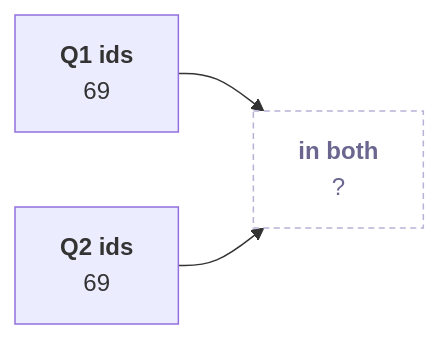
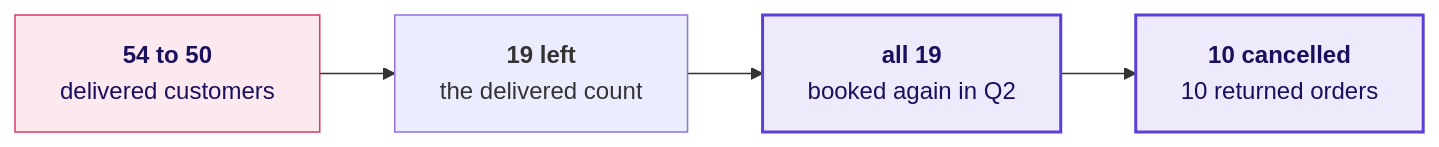
The seventh of 11 diagrams in content/W01/D2/slides/C2_W01_D02_half2_STUDENT.md (fde-academy-lab/c2-content-factory), drawn with Mermaid before and after one commit. The commit also changed other lines of this file and 11 other files, not shown here.

````diff
--- a/content/W01/D2/slides/C2_W01_D02_half2_STUDENT.md
+++ b/content/W01/D2/slides/C2_W01_D02_half2_STUDENT.md
@@ -289,7 +302,10 @@
 ```mermaid
 flowchart LR
-    A["<b>Q1 ids</b><br/>69"] --> X["<b>in both</b><br/>?"]
-    B["<b>Q2 ids</b><br/>69"] --> X
-    classDef unknown fill:#FFFFFF,stroke:#B8B2D6,color:#6B6690,stroke-dasharray:4 3
-    class X unknown
+    A["<b>54 to 50</b><br/>delivered customers"] --> B["<b>19 left</b><br/>the delivered count"]
+    B --> C["<b>all 19</b><br/>booked again in Q2"]
+    C --> D["<b>10 cancelled</b><br/>10 returned orders"]
+    classDef bad fill:#FBE9EF,stroke:#D63A6A,color:#1A0F5C
+    classDef known fill:#EEEAFB,stroke:#5B3FD6,color:#1A0F5C,stroke-width:2px
+    class A bad
+    class C,D known
 ```
````
